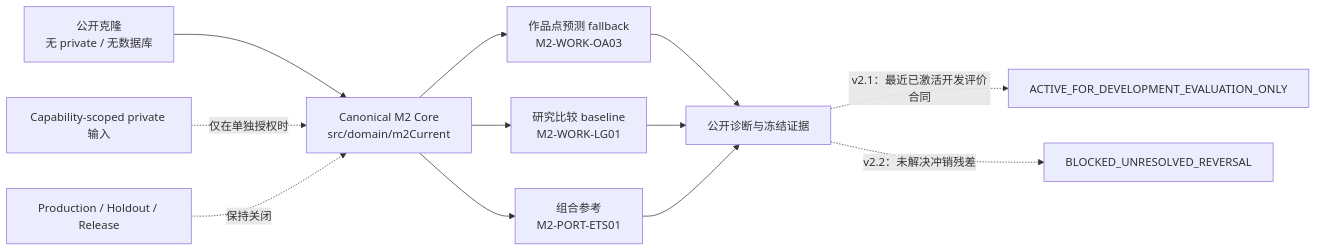
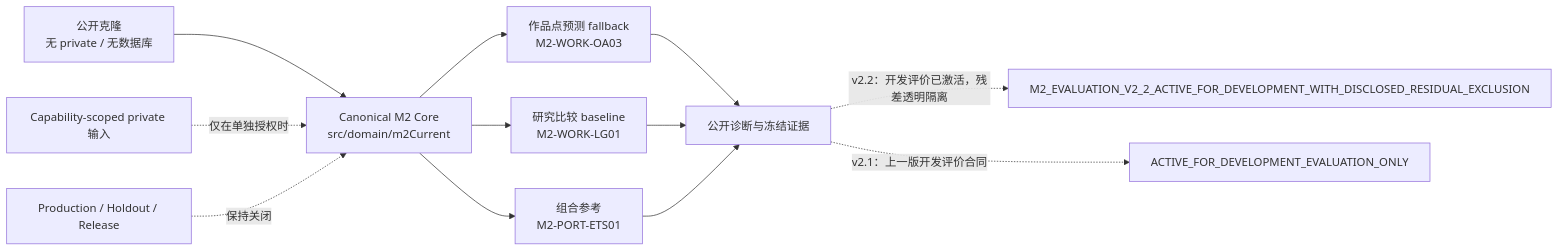
One commit to KAtOReNA7/system changed the diagram in README.md. Above: the diagram before and after it, drawn with Mermaid. The commit also changed other lines of this file and 3 other files, not shown here.

````diff
--- a/README.md
+++ b/README.md
@@ -52,14 +52,14 @@
 ```mermaid
 flowchart LR
     A["公开克隆<br/>无 private / 无数据库"] --> B["Canonical M2 Core<br/>src/domain/m2Current"]
     B --> C["作品点预测 fallback<br/>M2-WORK-OA03"]
     B --> D["研究比较 baseline<br/>M2-WORK-LG01"]
     B --> E["组合参考<br/>M2-PORT-ETS01"]
     C --> F["公开诊断与冻结证据"]
     D --> F
     E --> F
-    F -. "v2.1：最近已激活开发评价合同" .-> G["ACTIVE_FOR_DEVELOPMENT_EVALUATION_ONLY"]
-    F -. "v2.2：未解决冲销残差" .-> J["BLOCKED_UNRESOLVED_REVERSAL"]
+    F -. "v2.2：开发评价已激活，残差透明隔离" .-> G["M2_EVALUATION_V2_2_ACTIVE_FOR_DEVELOPMENT_WITH_DISCLOSED_RESIDUAL_EXCLUSION"]
+    F -. "v2.1：上一版开发评价合同" .-> J["ACTIVE_FOR_DEVELOPMENT_EVALUATION_ONLY"]
     H["Capability-scoped private 输入"] -. "仅在单独授权时" .-> B
     I["Production / Holdout / Release"] -. "保持关闭" .-> B
 ```
````
